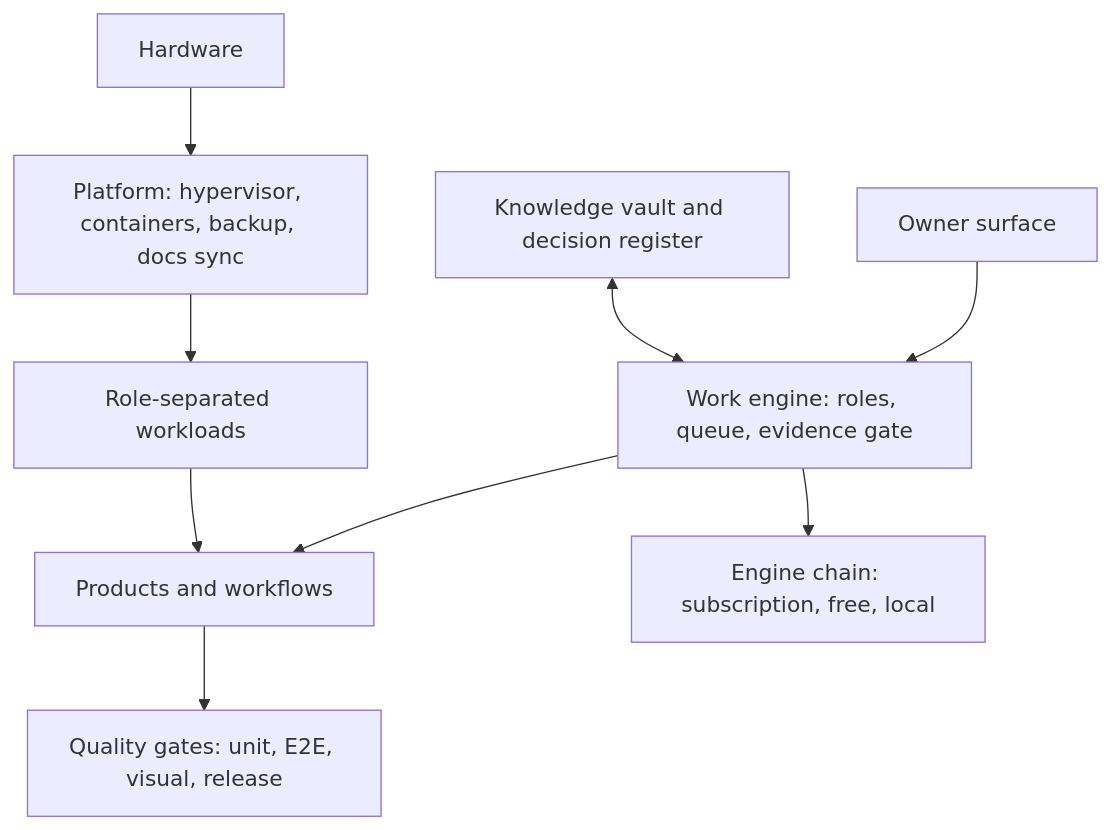
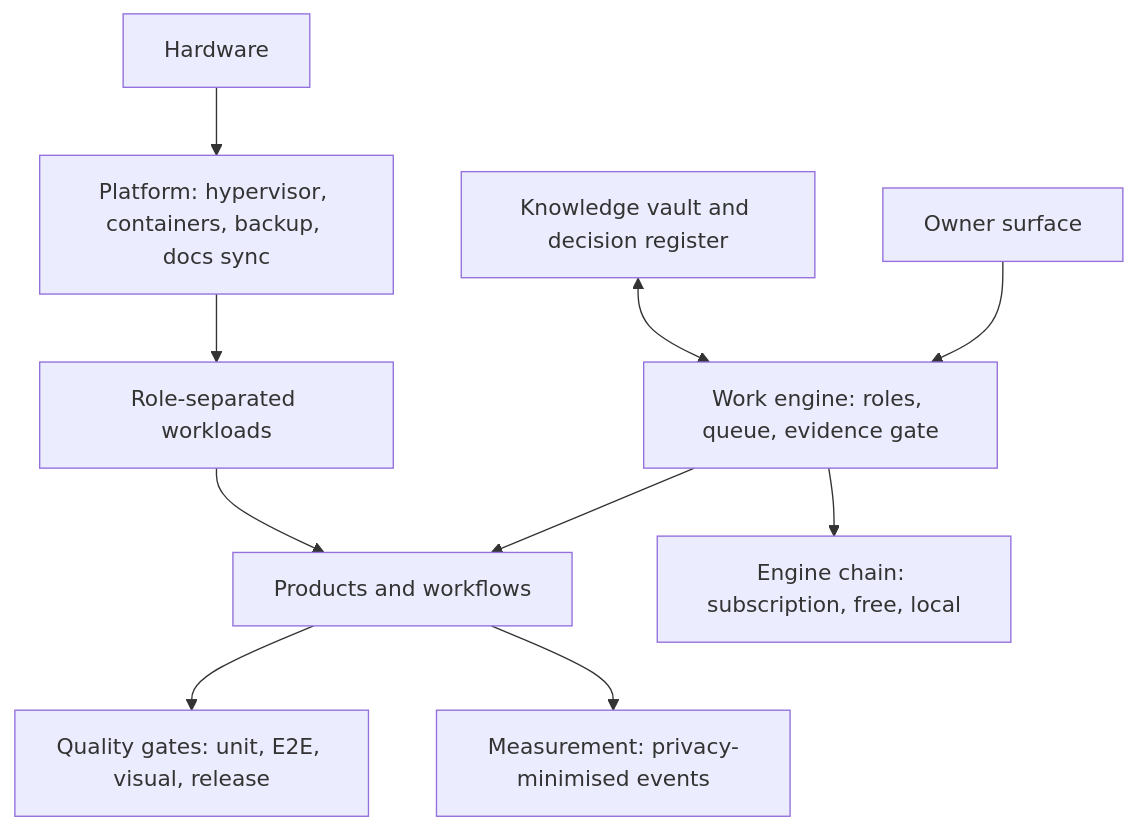
One commit to UmutB34/enterprise-infrastructure-lab changed the diagram in README.md. Above: the diagram before and after it, drawn with Mermaid. The commit also changed other lines of this file and 6 other files, not shown here.

Commit message:
Add privacy-by-design measurement doc and ADR 0002; update architecture status

````diff
--- a/README.md
+++ b/README.md
@@ -13,11 +13,12 @@
 ```mermaid
 flowchart TD
   HW[Hardware] --> PLAT[Platform: hypervisor, containers, backup, docs sync]
   PLAT --> WORK[Role-separated workloads]
   WORK --> PROD[Products and workflows]
   PROD --> QA[Quality gates: unit, E2E, visual, release]
   KNOW[Knowledge vault and decision register] <--> ENG[Work engine: roles, queue, evidence gate]
   ENG --> ENGINES[Engine chain: subscription, free, local]
   ENG --> PROD
+  PROD --> MEAS[Measurement: privacy-minimised events]
   OWNER[Owner surface] --> ENG
 ```
````
